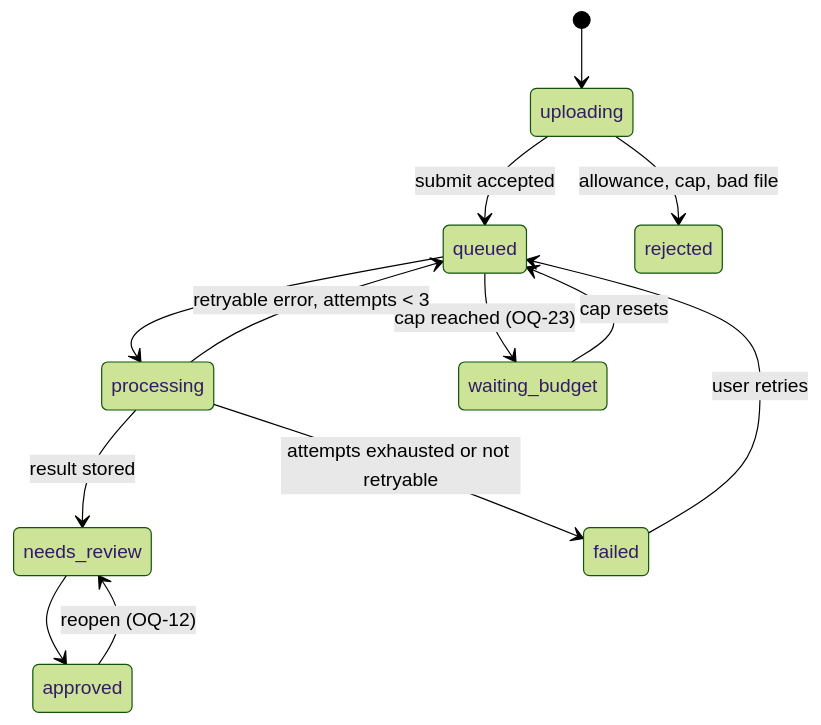
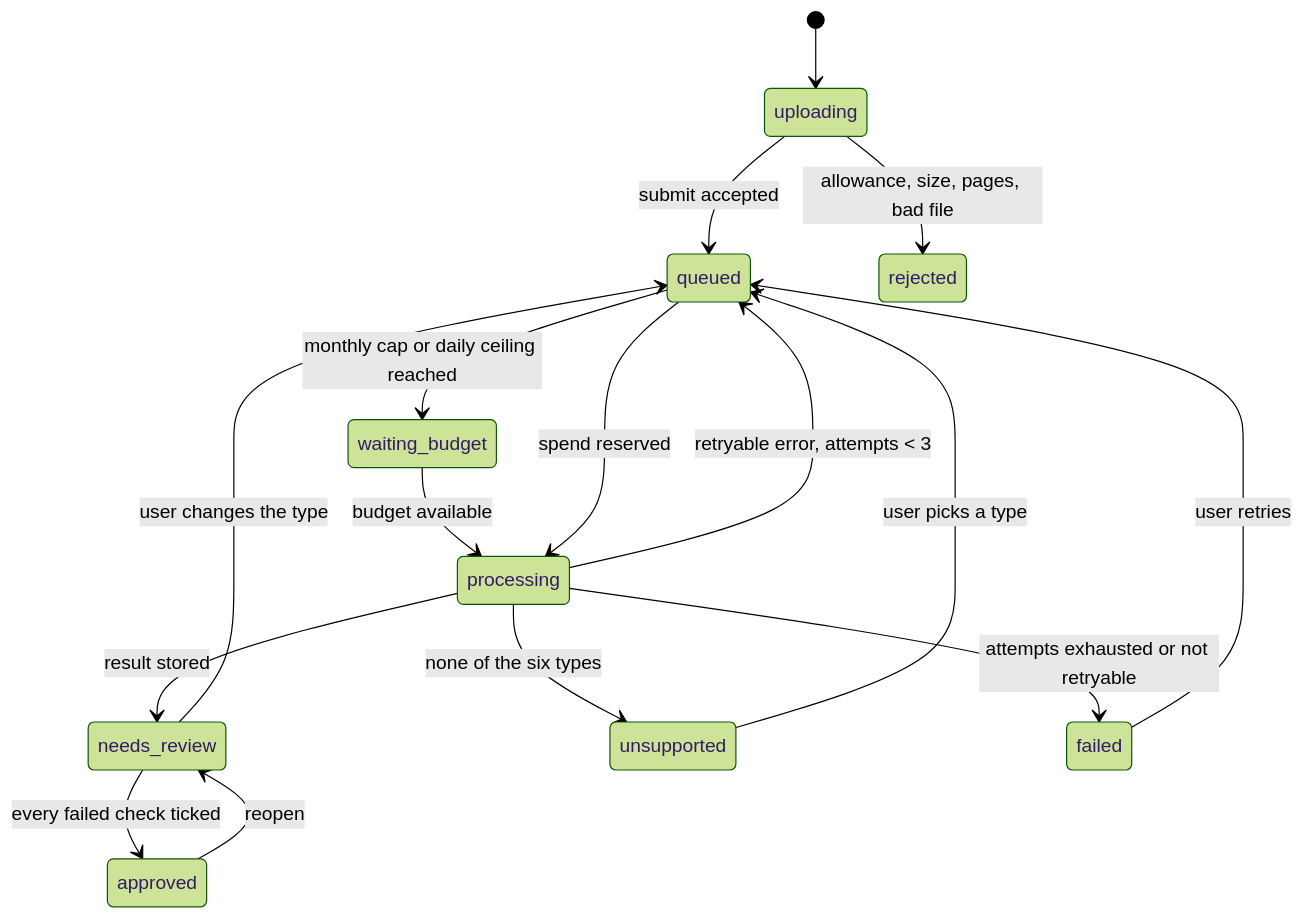
Before and after one commit to LucaFastDev/doc-extract: the third of 3 diagrams in docs/ARCHITECTURE.md, drawn with Mermaid (forest theme). The commit also changed other lines of this file and 2 other files, not shown here.

````diff
--- a/docs/ARCHITECTURE.md
+++ b/docs/ARCHITECTURE.md
@@ -116,15 +134,18 @@
 ```mermaid
 stateDiagram-v2
   [*] --> uploading
   uploading --> queued: submit accepted
-  uploading --> rejected: allowance, cap, bad file
-  queued --> processing
-  queued --> waiting_budget: cap reached (OQ-23)
-  waiting_budget --> queued: cap resets
+  uploading --> rejected: allowance, size, pages, bad file
+  queued --> waiting_budget: monthly cap or daily ceiling reached
+  waiting_budget --> processing: budget available
+  queued --> processing: spend reserved
   processing --> needs_review: result stored
+  processing --> unsupported: none of the six types
   processing --> queued: retryable error, attempts < 3
   processing --> failed: attempts exhausted or not retryable
   failed --> queued: user retries
-  needs_review --> approved
-  approved --> needs_review: reopen (OQ-12)
+  unsupported --> queued: user picks a type
+  needs_review --> queued: user changes the type
+  needs_review --> approved: every failed check ticked
+  approved --> needs_review: reopen
 ```
````
